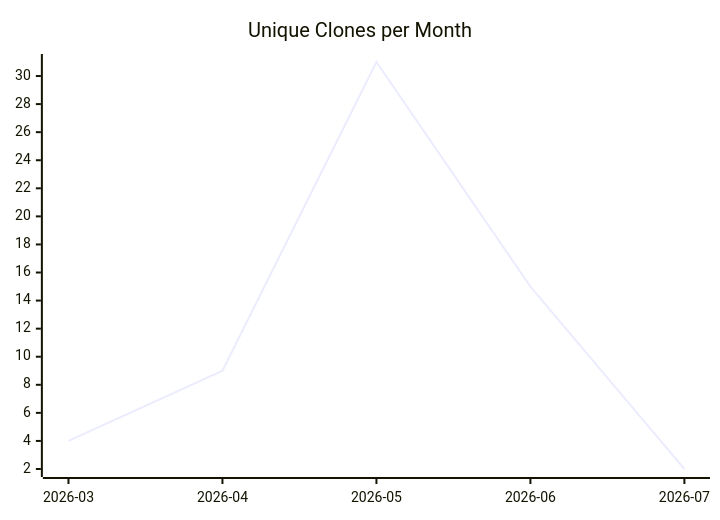
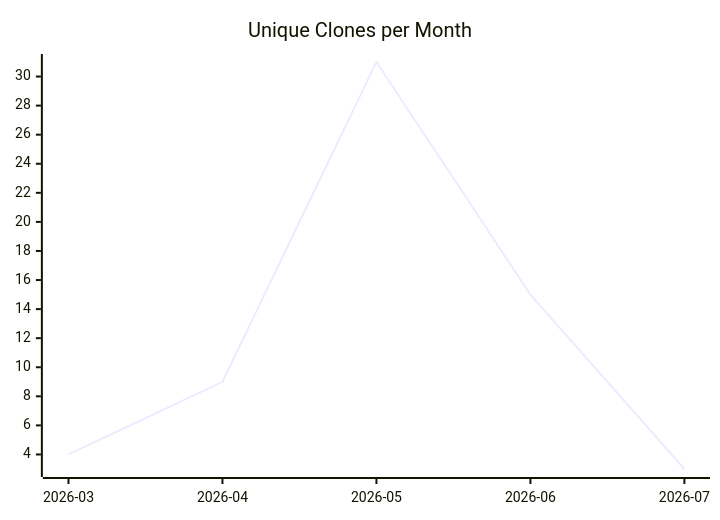
One commit to justdavis-family/github-analytics-data changed the third of 3 diagrams in karlmdavis/ansible-role-rcm-dotfiles/README.md. Above: the diagram before and after it, drawn with Mermaid. The commit also changed other lines of this file and 188 other files, not shown here.

````diff
--- a/karlmdavis/ansible-role-rcm-dotfiles/README.md
+++ b/karlmdavis/ansible-role-rcm-dotfiles/README.md
@@ -19,6 +19,6 @@
 ```mermaid
 xychart-beta
   title "Unique Clones per Month"
   x-axis ["2026-03", "2026-04", "2026-05", "2026-06", "2026-07"]
-  line [4, 9, 31, 15, 2]
+  line [4, 9, 31, 15, 3]
 ```
````
